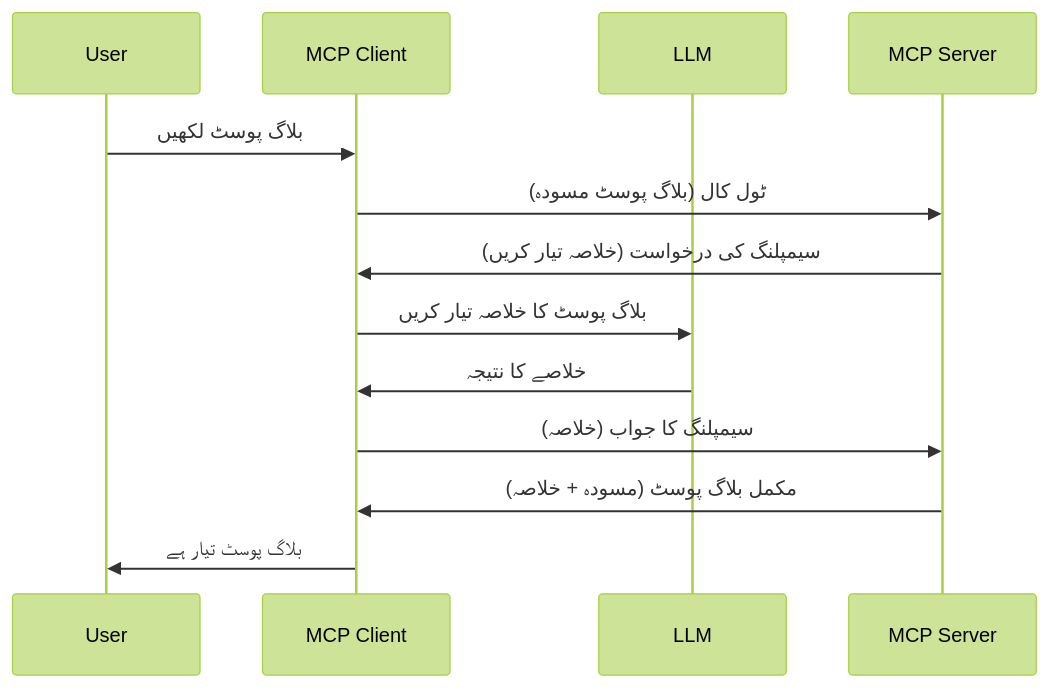
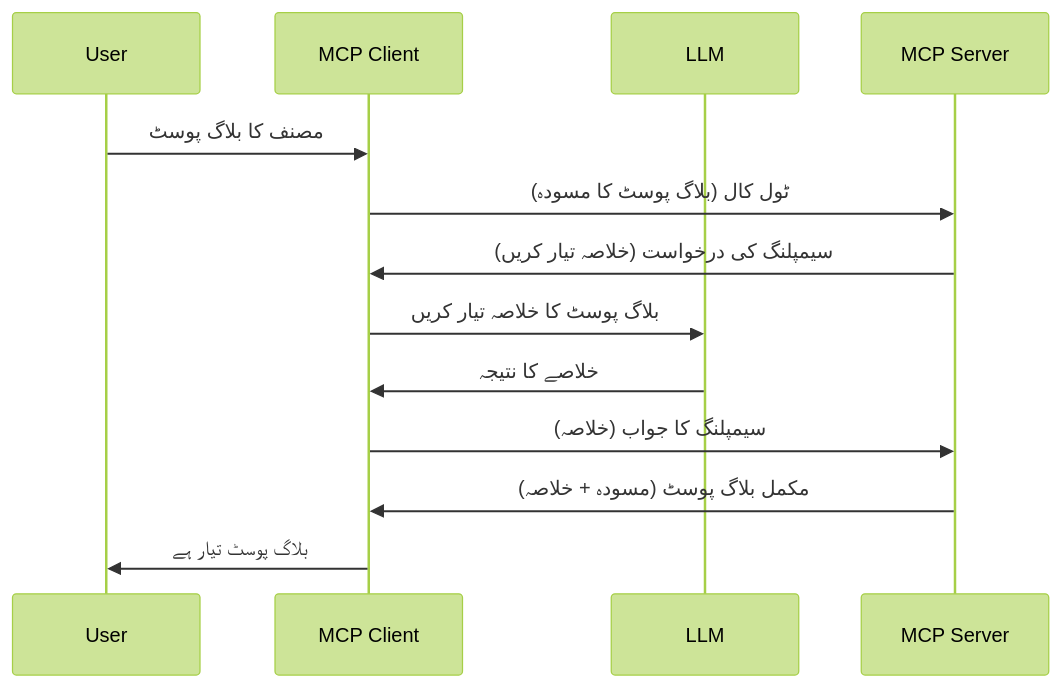
One commit to HIDORAKAI002/ai-workspace-archive changed the diagram in mcp_ecosystem__model_context_protocol/mcp_learning_resources/mcp-for-beginners/translations/ur/03-GettingStarted/14-sampling/README.md. Above: the diagram before and after it, drawn with Mermaid (forest theme). The commit also changed other lines of this file and 1046 other files, not shown here.

````diff
--- a/mcp_ecosystem__model_context_protocol/mcp_learning_resources/mcp-for-beginners/translations/ur/03-GettingStarted/14-sampling/README.md
+++ b/mcp_ecosystem__model_context_protocol/mcp_learning_resources/mcp-for-beginners/translations/ur/03-GettingStarted/14-sampling/README.md
@@ -23,16 +25,16 @@
 ```mermaid
 sequenceDiagram
     participant User
     participant MCP Client
     participant LLM
     participant MCP Server
 
-    User->>MCP Client: بلاگ پوسٹ لکھیں
-    MCP Client->>MCP Server: ٹول کال (بلاگ پوسٹ مسودہ)
+    User->>MCP Client: مصنف کا بلاگ پوسٹ
+    MCP Client->>MCP Server: ٹول کال (بلاگ پوسٹ کا مسودہ)
     MCP Server->>MCP Client: سیمپلنگ کی درخواست (خلاصہ تیار کریں)
     MCP Client->>LLM: بلاگ پوسٹ کا خلاصہ تیار کریں
     LLM->>MCP Client: خلاصے کا نتیجہ
     MCP Client->>MCP Server: سیمپلنگ کا جواب (خلاصہ)
     MCP Server->>MCP Client: مکمل بلاگ پوسٹ (مسودہ + خلاصہ)
     MCP Client->>User: بلاگ پوسٹ تیار ہے
 ```
````
